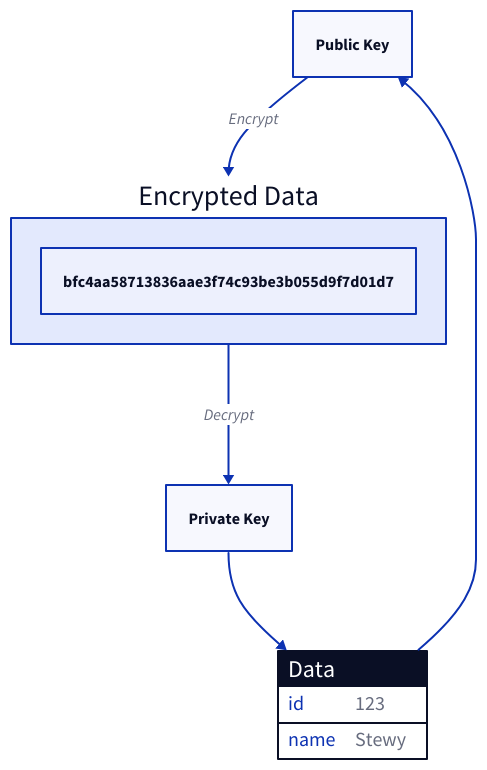
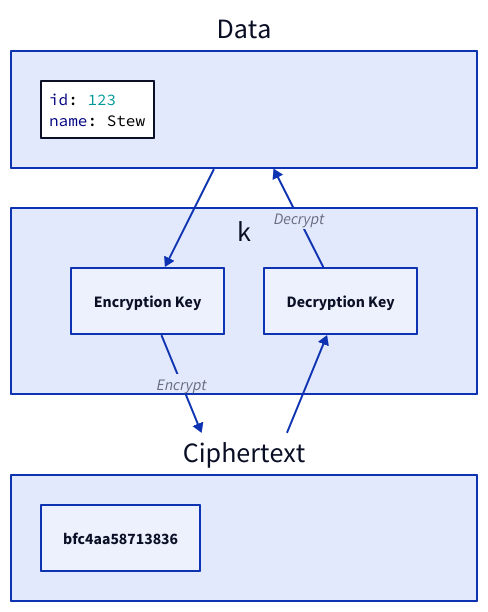
Before and after one commit to link1905/system-design-101: the fifth of 11 diagrams in content/docs/system-administration/system-protection/data-security.md, drawn with D2. The commit also changed other lines of this file and 4 other files, not shown here.

````diff
--- a/content/docs/system-administration/system-protection/data-security.md
+++ b/content/docs/system-administration/system-protection/data-security.md
@@ -361,23 +377,26 @@
 ```d2
-pub: Public Key {
-  class: key
+grid-columns: 1
+d: Data {
+  c: |||yaml
+  id: 123
+  name: Stew
+  |||
 }
-
-pri: Private Key {
-  class: key
+k {
+  class: none
+  grid-rows: 1
+  k1: Encryption Key {
+      class: pub-key
+  }
+  k2: Decryption Key {
+      class: pub-key
+  }
 }
-
-d: Data {
-  shape: sql_table
-  id: "123"
-  name: "Stewy"
+c: Ciphertext {
+  bfc4aa58713836
 }
-
-ed: Encrypted Data {
-  bfc4aa58713836aae3f74c93be3b055d9f7d01d7
-}
-d -> pub
-pub -> ed: Encrypt
-d <- pri
-pri <- ed: Decrypt
+d -> k.k1
+k.k1 -> c: Encrypt
+c -> k.k2
+k.k2 -> d: Decrypt
 ```
````
